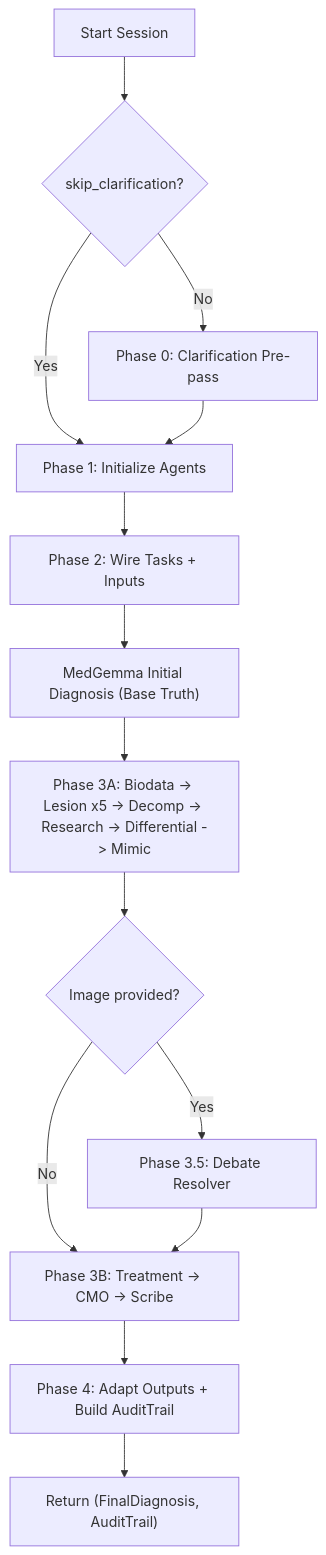
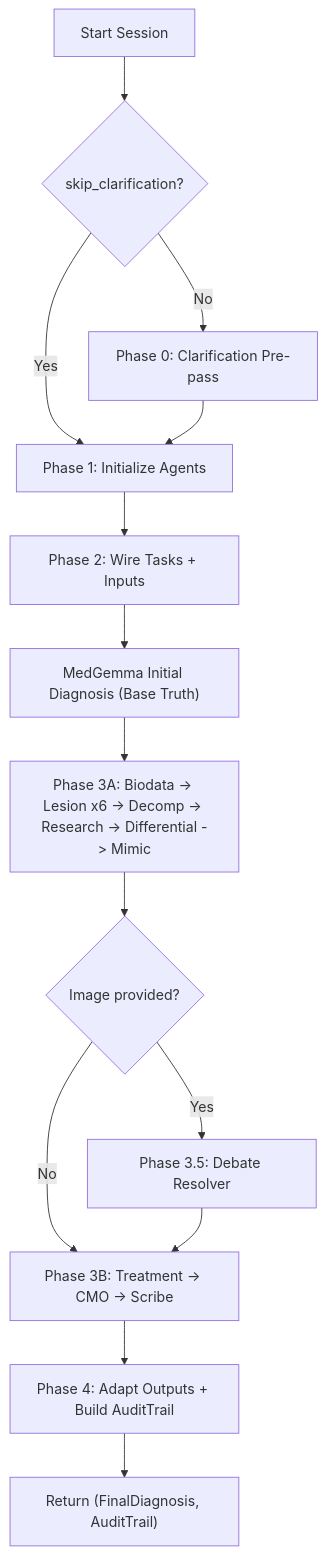
The third of 10 diagrams in README.md (Missing-Identity/AgenticDermaAI), drawn with Mermaid before and after one commit. The commit also changed other lines of this file and 7 other files, not shown here.

````diff
--- a/README.md
+++ b/README.md
@@ -107,17 +107,17 @@
 ```mermaid
 flowchart TD
     startNode["Start Session"] --> clarifCheck{"skip_clarification?"}
     clarifCheck -->|No| prepass["Phase 0: Clarification Pre-pass"]
     clarifCheck -->|Yes| initAgents["Phase 1: Initialize Agents"]
     prepass --> initAgents
 
     initAgents --> wireTasks["Phase 2: Wire Tasks + Inputs"]
     wireTasks --> medgemmaInit["MedGemma Initial Diagnosis (Base Truth)"]
-    medgemmaInit --> phaseA["Phase 3A: Biodata -> Lesion x5 -> Decomp -> Research -> Differential -> Mimic"]
+    medgemmaInit --> phaseA["Phase 3A: Biodata -> Lesion x6 -> Decomp -> Research -> Differential -> Mimic"]
     phaseA --> hasImage{"Image provided?"}
     hasImage -->|Yes| debate["Phase 3.5: Debate Resolver"]
     hasImage -->|No| phaseB
     debate --> phaseB["Phase 3B: Treatment -> CMO -> Scribe"]
     phaseB --> collect["Phase 4: Adapt Outputs + Build AuditTrail"]
     collect --> returnResult["Return (FinalDiagnosis, AuditTrail)"]
 ```
````
